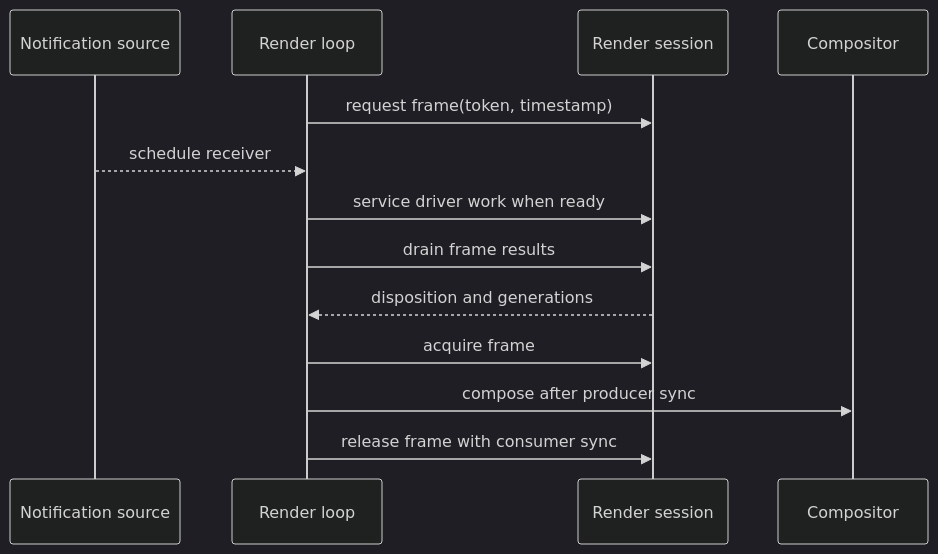
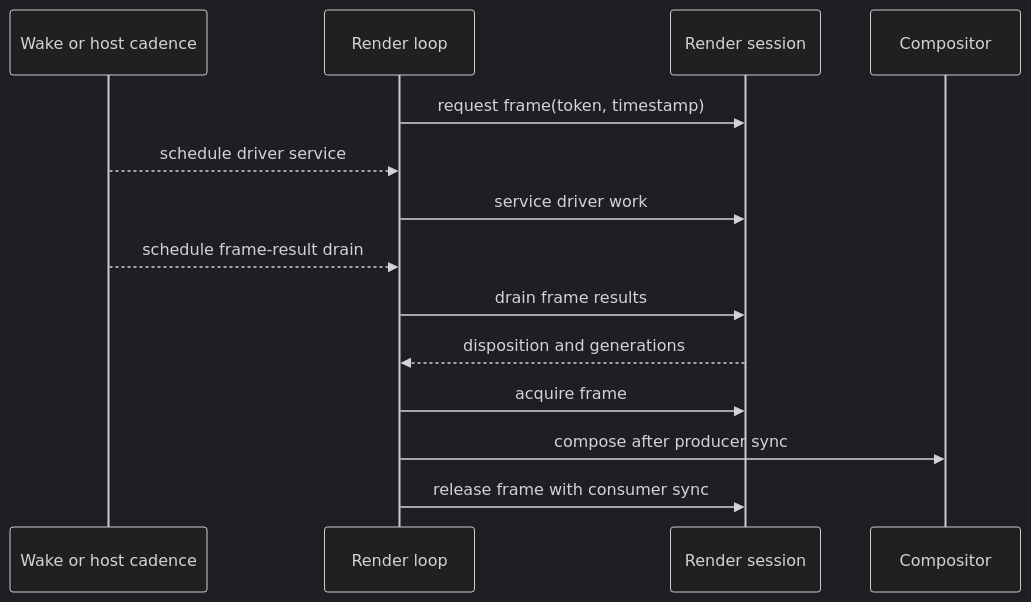
The second of 2 diagrams in docs/src/content/docs/development/map-example-specification.md (maplibre/maplibre-native-ffi), drawn with Mermaid (dark theme) before and after one commit. The commit also changed other lines of this file and 439 other files, not shown here.

````diff
--- a/docs/src/content/docs/development/map-example-specification.md
+++ b/docs/src/content/docs/development/map-example-specification.md
@@ -338,16 +340,17 @@
 ```mermaid
 sequenceDiagram
-  participant N as Notification source
+  participant W as Wake or host cadence
   participant RL as Render loop
   participant RS as Render session
   participant CP as Compositor
 
   RL->>RS: request frame(token, timestamp)
-  N-->>RL: schedule receiver
-  RL->>RS: service driver work when ready
+  W-->>RL: schedule driver service
+  RL->>RS: service driver work
+  W-->>RL: schedule frame-result drain
   RL->>RS: drain frame results
   RS-->>RL: disposition and generations
   RL->>RS: acquire frame
   RL->>CP: compose after producer sync
   RL->>RS: release frame with consumer sync
 ```
````
